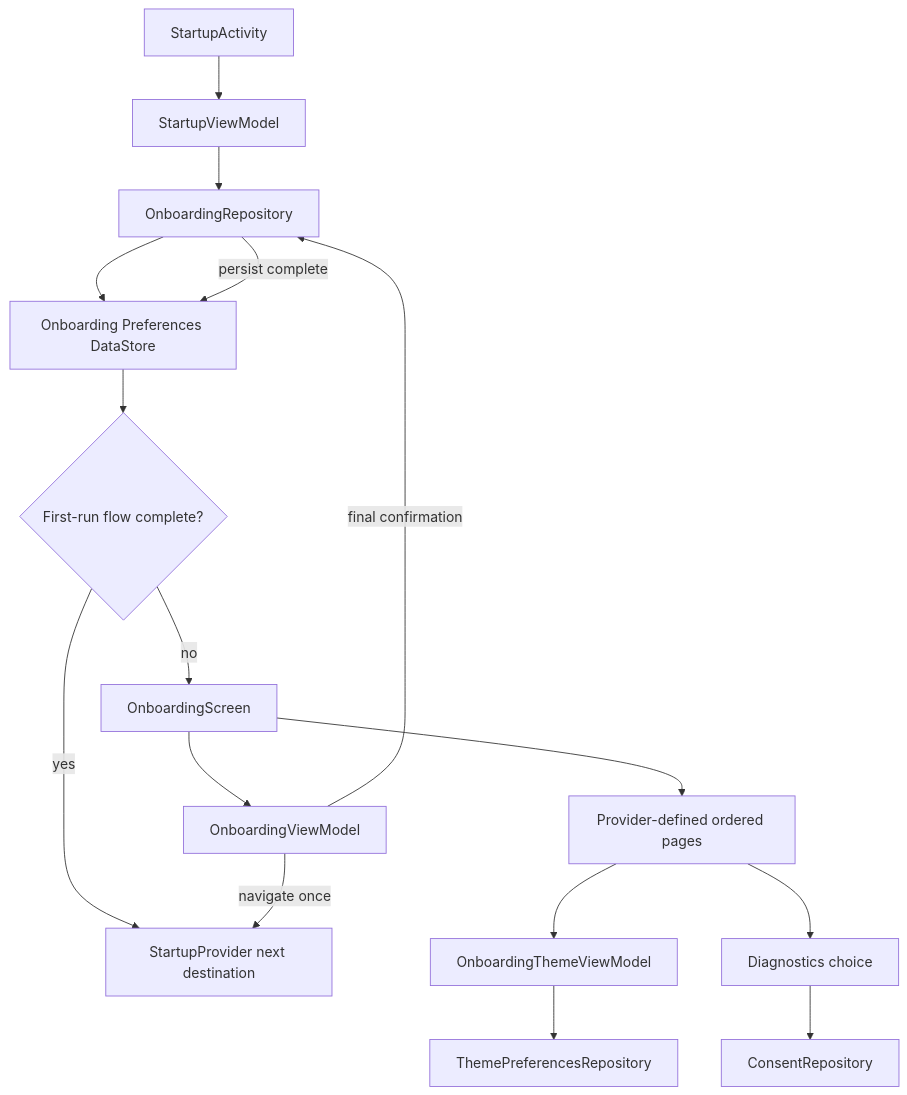
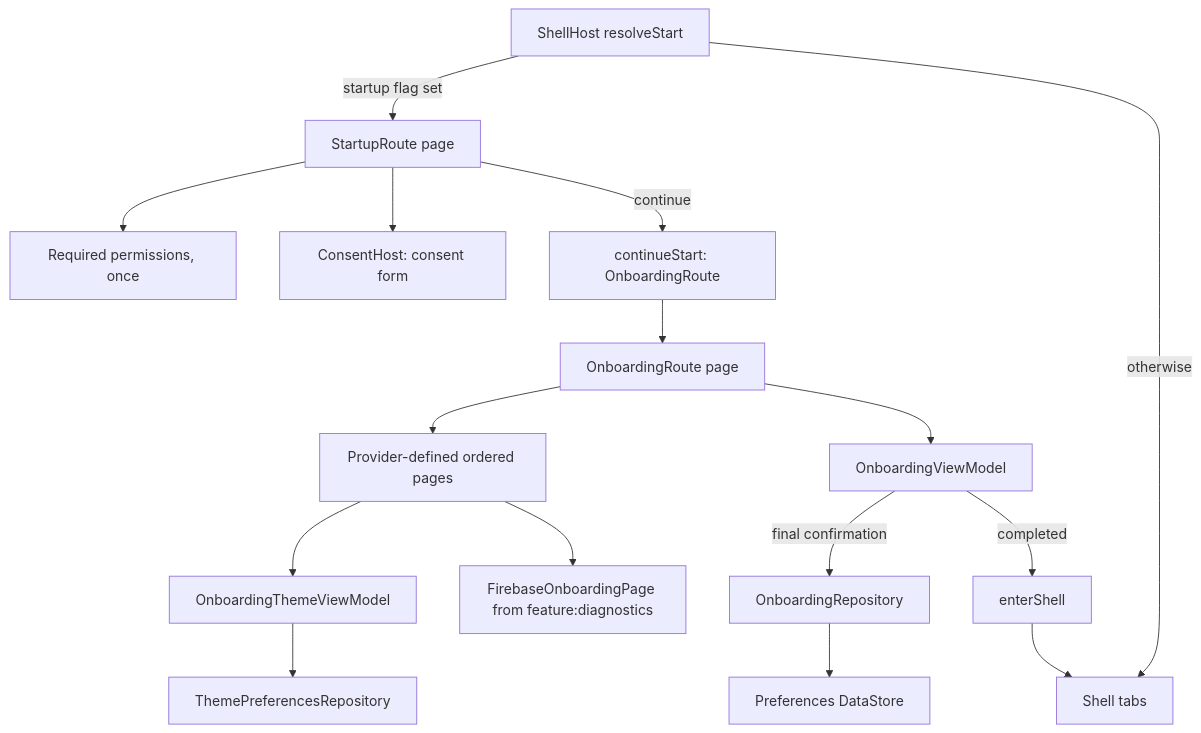
The diagram in library/feature/onboarding/README.md (MihaiCristianCondrea/App-Toolkit-for-Android), drawn with Mermaid before and after one commit. The commit also changed other lines of this file and 84 other files, not shown here.

````diff
--- a/library/feature/onboarding/README.md
+++ b/library/feature/onboarding/README.md
@@ -42,18 +63,18 @@
 ```mermaid
 flowchart TD
-    Launch[StartupActivity] --> Startup[StartupViewModel]
-    Startup --> Completion[OnboardingRepository]
-    Completion --> Store[Onboarding Preferences DataStore]
-    Store --> Completed{First-run flow complete?}
-    Completed -->|no| Screen[OnboardingScreen]
-    Completed -->|yes| Provider[StartupProvider next destination]
-    Screen --> Pages[Provider-defined ordered pages]
+    Host[ShellHost resolveStart] -->|startup flag set| Startup[StartupRoute page]
+    Host -->|otherwise| Tabs[Shell tabs]
+    Startup --> Permissions[Required permissions, once]
+    Startup --> ConsentForm[ConsentHost: consent form]
+    Startup -->|continue| Continue[continueStart: OnboardingRoute]
+    Continue --> Onboarding[OnboardingRoute page]
+    Onboarding --> Pages[Provider-defined ordered pages]
     Pages --> Theme[OnboardingThemeViewModel]
     Theme --> ThemeRepo[ThemePreferencesRepository]
-    Pages --> Diagnostics[Diagnostics choice]
-    Diagnostics --> Consent[ConsentRepository]
-    Screen --> VM[OnboardingViewModel]
-    VM -->|final confirmation| Completion
-    Completion -->|persist complete| Store
-    VM -->|navigate once| Provider
+    Pages --> Diagnostics[FirebaseOnboardingPage from feature:diagnostics]
+    Onboarding --> VM[OnboardingViewModel]
+    VM -->|final confirmation| Completion[OnboardingRepository]
+    Completion --> Store[Preferences DataStore]
+    VM -->|completed| Enter[enterShell]
+    Enter --> Tabs
 ```
````
